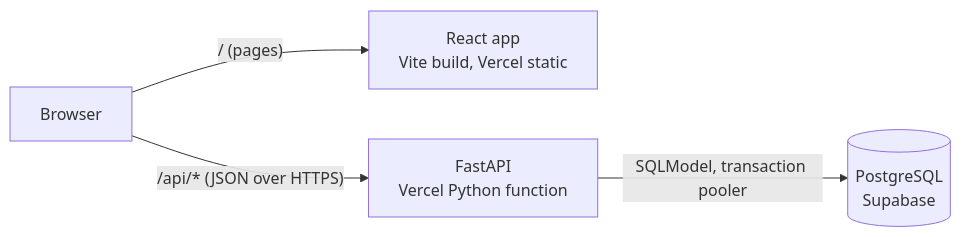
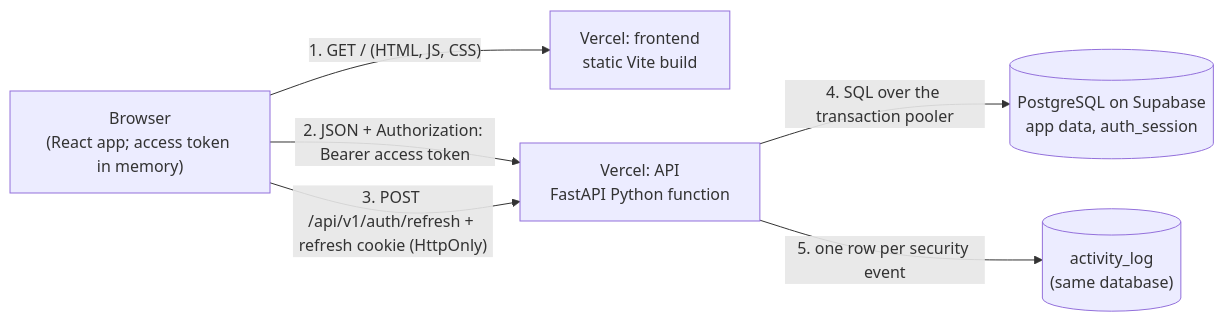
Before and after one commit to TanvirMahmudTushar/gym-buddy: the second of 8 diagrams in docs/FINAL_REPORT.md, drawn with Mermaid. The commit also changed other lines of this file and 24 other files, not shown here.

````diff
--- a/docs/FINAL_REPORT.md
+++ b/docs/FINAL_REPORT.md
@@ -200,6 +493,13 @@
 ```mermaid
 flowchart LR
-    Browser[Browser] -->|"/ (pages)"| FE[React app<br/>Vite build, Vercel static]
-    Browser -->|"/api/* (JSON over HTTPS)"| BE[FastAPI<br/>Vercel Python function]
-    BE -->|SQLModel, transaction pooler| DB[(PostgreSQL<br/>Supabase)]
+    B["Browser<br/>(React app; access token in memory)"]
+    FE["Vercel: frontend<br/>static Vite build"]
+    API["Vercel: API<br/>FastAPI Python function"]
+    DB[("PostgreSQL on Supabase<br/>app data, auth_session")]
+    LOG[("activity_log<br/>(same database)")]
+    B -- "1. GET / (HTML, JS, CSS)" --> FE
+    B -- "2. JSON + Authorization: Bearer access token" --> API
+    B -- "3. POST /api/v1/auth/refresh + refresh cookie (HttpOnly)" --> API
+    API -- "4. SQL over the transaction pooler" --> DB
+    API -- "5. one row per security event" --> LOG
 ```
````
